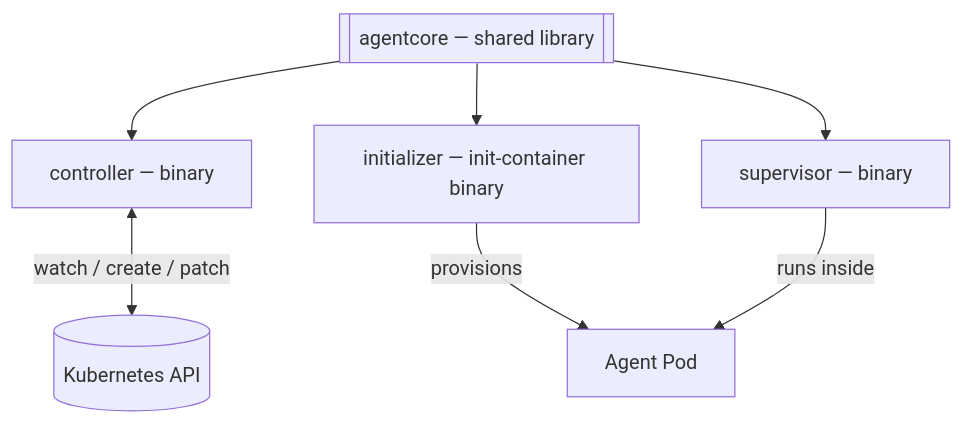
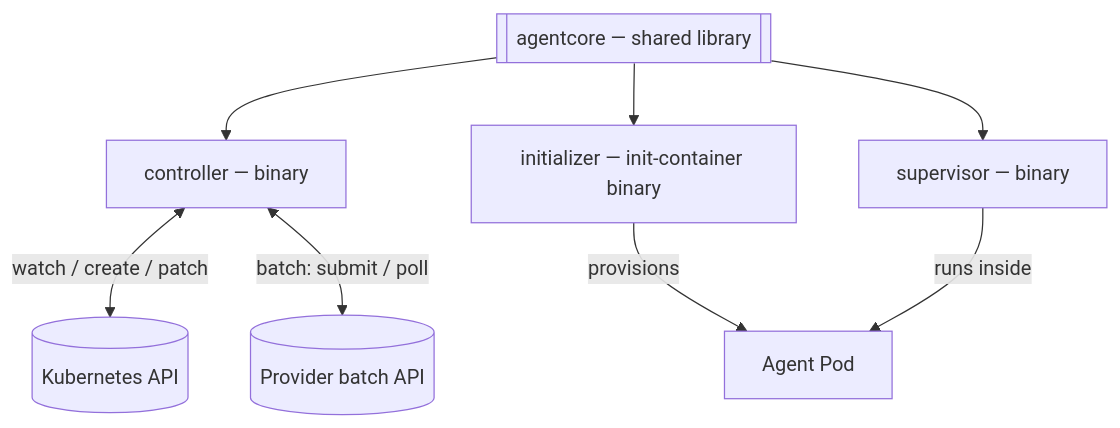
Before and after one commit to re-cinq/ai-agent-subsystem: the second of 2 diagrams in README.md, drawn with Mermaid. The commit also changed other lines of this file and 68 other files, not shown here.

````diff
--- a/README.md
+++ b/README.md
@@ -100,13 +104,14 @@
 ```mermaid
 flowchart TB
     CORE[["agentcore — shared library"]]
     CTRL["controller — binary"]
     INIT["initializer — init-container binary"]
     SUP["supervisor — binary"]
     CORE --> CTRL
     CORE --> INIT
     CORE --> SUP
     CTRL <-->|watch / create / patch| K8S[("Kubernetes API")]
+    CTRL <-->|batch: submit / poll| BATCH[("Provider batch API")]
     INIT -->|provisions| POD["Agent Pod"]
     SUP -->|runs inside| POD
 ```
````
